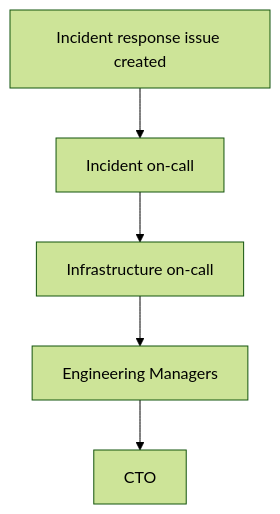
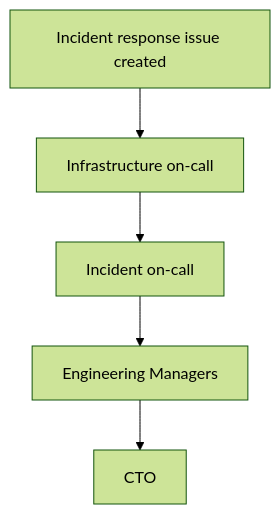
Before and after one commit to fleetdm/fleet: the diagram in handbook/company/communications.md, drawn with Mermaid (forest theme).

````diff
--- a/handbook/company/communications.md
+++ b/handbook/company/communications.md
@@ -440,7 +440,7 @@
 ```mermaid
 flowchart TD
-    A[Incident response issue created] --> B[Incident on-call]
-    B --> C[Infrastructure on-call]
+    A[Incident response issue created] --> B[Infrastructure on-call]
+    B --> C[Incident on-call]
     C --> D[Engineering Managers]
     D --> E[CTO]
 ```
````
